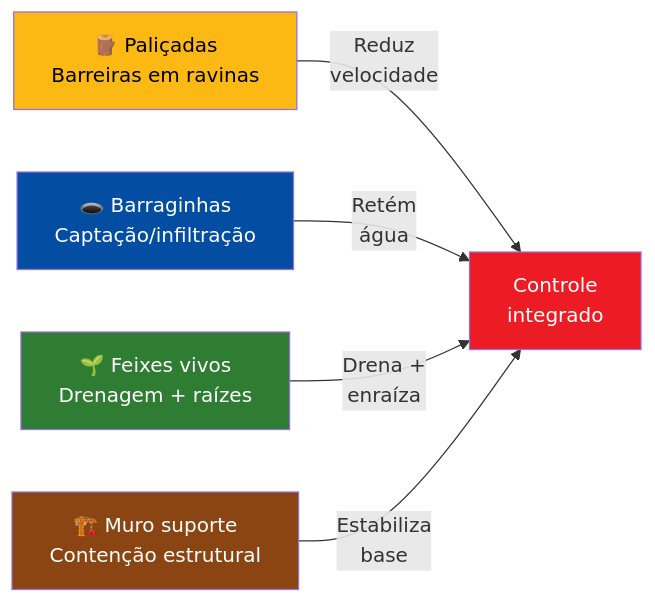
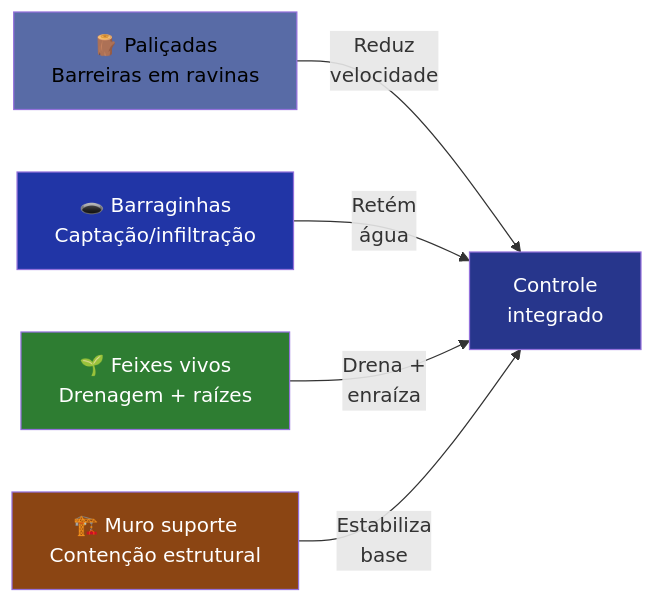
One commit to ldvsantos/cv changed the second of 10 diagrams in aulas/bioengenharia_de_solos/aulas/feixes_vivos/feixes_vivos.qmd. Above: the diagram before and after it, drawn with Mermaid. The commit also changed other lines of this file and 466 other files, not shown here.

````diff
--- a/aulas/bioengenharia_de_solos/aulas/feixes_vivos/feixes_vivos.qmd
+++ b/aulas/bioengenharia_de_solos/aulas/feixes_vivos/feixes_vivos.qmd
@@ -368,13 +366,13 @@
 ```{mermaid}
 %%| fig-width: 5
 graph LR
     A["🪵 Paliçadas<br>Barreiras em ravinas"] -->|"Reduz<br>velocidade"| D["Controle<br>integrado"]
     B["🕳️ Barraginhas<br>Captação/infiltração"] -->|"Retém<br>água"| D
     C["🌱 Feixes vivos<br>Drenagem + raízes"] -->|"Drena +<br>enraíza"| D
     E["🏗️ Muro suporte<br>Contenção estrutural"] -->|"Estabiliza<br>base"| D
-    style A fill:#FDB913,color:#000
-    style B fill:#034EA2,color:#fff
+    style A fill:#586BA6,color:#000
+    style B fill:#2135A6,color:#fff
     style C fill:#2E7D32,color:#fff
     style E fill:#8B4513,color:#fff
-    style D fill:#ED1C24,color:#fff
+    style D fill:#27368C,color:#fff
 ```
````
